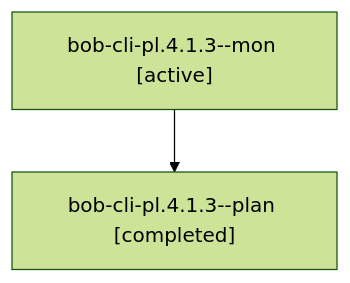
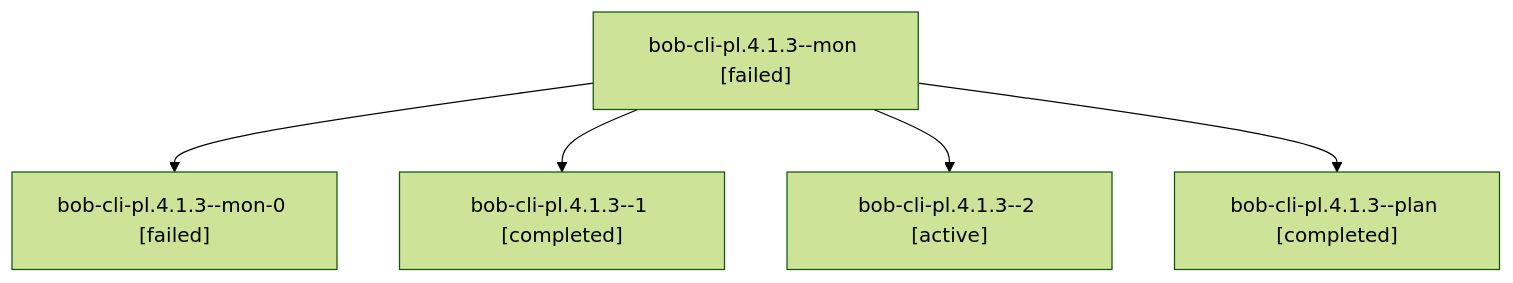
One commit to bobs-org/bob-cli--agents changed the diagram in sessions/bbugyi200.apollo.bob-cli-pl.4.1.3.md. Above: the diagram before and after it, drawn with Mermaid (forest theme). The commit also changed other lines of this file and 77 other files, not shown here.

````diff
--- a/sessions/bbugyi200.apollo.bob-cli-pl.4.1.3.md
+++ b/sessions/bbugyi200.apollo.bob-cli-pl.4.1.3.md
@@ -9,6 +9,12 @@
 ```mermaid
 flowchart TD
-  n0["bob-cli-pl.4.1.3--mon [active]"]
-  n1["bob-cli-pl.4.1.3--plan [completed]"]
+  n0["bob-cli-pl.4.1.3--mon [failed]"]
+  n1["bob-cli-pl.4.1.3--mon-0 [failed]"]
   n0 --> n1
+  n2["bob-cli-pl.4.1.3--1 [completed]"]
+  n0 --> n2
+  n3["bob-cli-pl.4.1.3--2 [active]"]
+  n0 --> n3
+  n4["bob-cli-pl.4.1.3--plan [completed]"]
+  n0 --> n4
 ```
````
